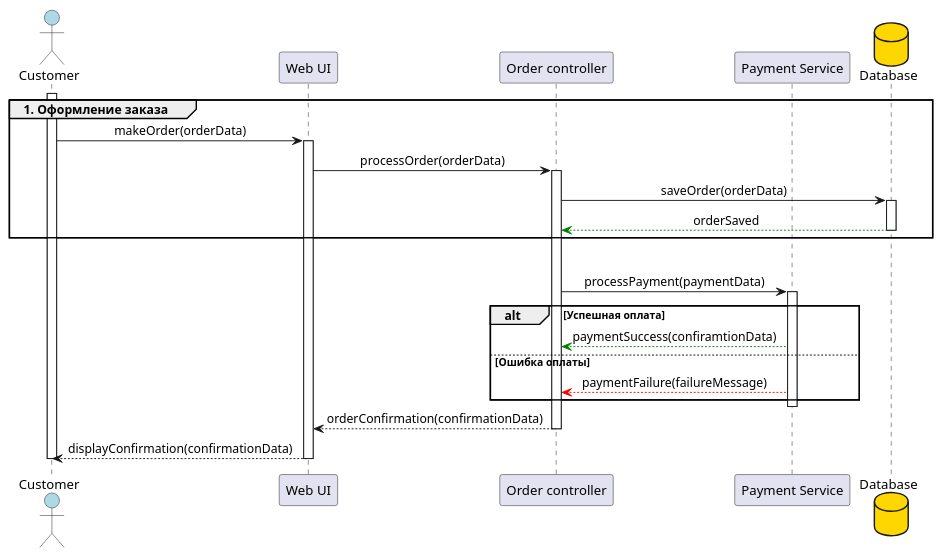
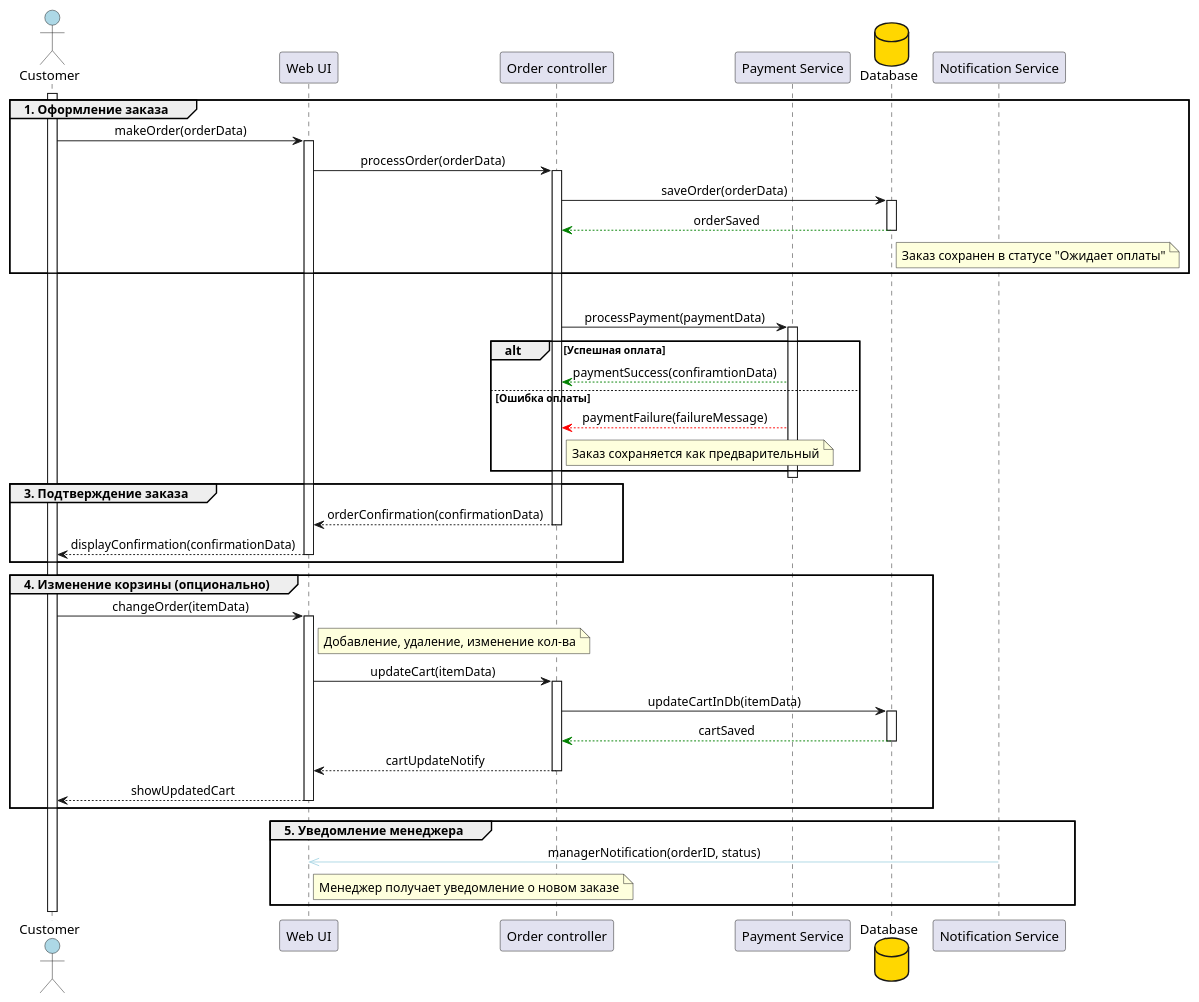
Before and after one commit to polokalamu/uml-diagrams_t1: the diagram in diagrams/shop_order/shop_order.puml, drawn with PlantUML.

Commit message:
add part 3 of shop order task

```diff
--- a/diagrams/shop_order/shop_order.puml
+++ b/diagrams/shop_order/shop_order.puml
@@ -1,40 +1,64 @@
 @startuml
 
 skinparam sequenceMessageAlign center
 actor "Customer" as customer #LightBlue
 participant "Web UI" as UI
 participant "Order controller" as OC
 participant "Payment Service" as PS
 database Database as DB #FFD700
+participant "Notification Service" as NS
 
 activate customer
 group 1. Оформление заказа
 customer -> UI : makeOrder(orderData)
 activate UI
 UI -> OC : processOrder(orderData)
 activate OC
 OC -> DB : saveOrder(orderData)
 activate DB
 DB --[#green]> OC : orderSaved
+note right DB : Заказ сохранен в статусе "Ожидает оплаты"
 deactivate DB
 end
 
 group 2. Оплата
 OC -> PS : processPayment(paymentData)
 activate PS
 alt Успешная оплата
 PS --[#green]> OC : paymentSuccess(confiramtionData)
 else Ошибка оплаты
 PS --[#red]> OC : paymentFailure(failureMessage)
+note right OC : Заказ сохраняется как предварительный
 end
 deactivate PS
 
-
+group 3. Подтверждение заказа
 OC --> UI : orderConfirmation(confirmationData)
 deactivate OC
 UI --> customer : displayConfirmation(confirmationData)
 deactivate UI
+end
 
+group 4. Изменение корзины (опционально)
+customer -> UI : changeOrder(itemData)
+activate UI
+note right UI : Добавление, удаление, изменение кол-ва
+UI -> OC : updateCart(itemData)
+activate OC
+OC -> DB : updateCartInDb(itemData)
+activate DB
+DB --[#green]> OC : cartSaved
+deactivate DB
+OC --> UI : cartUpdateNotify
+deactivate OC
+UI --> customer : showUpdatedCart
+deactivate UI
+end
+
+group 5. Уведомление менеджера
+NS -[#LightBlue]>> UI : managerNotification(orderID, status)
+note right UI : Менеджер получает уведомление о новом заказе
+end
 
 deactivate customer
 @enduml
```
